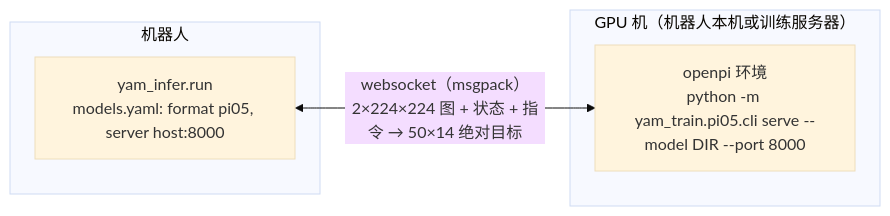
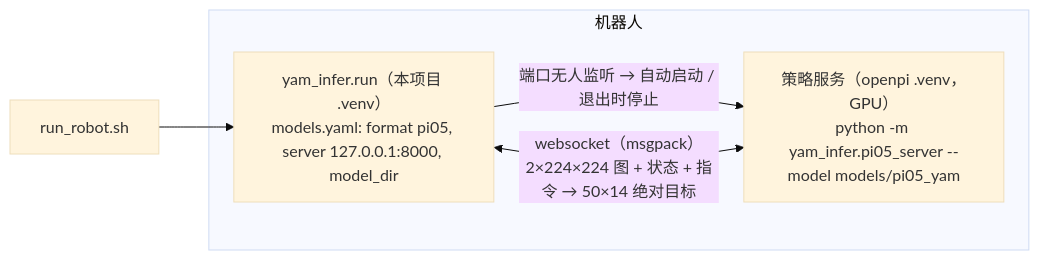
One commit to FuFutheBest/yam_infer changed the sixth of 6 diagrams in docs/03_scripts.md. Above: the diagram before and after it, drawn with Mermaid (base theme). The commit also changed other lines of this file and 16 other files, not shown here.

Commit message:
pi05: self-contained policy server (yam_infer.pi05_server), auto-started by run.py from models.yaml model_dir; tests, docs

````diff
--- a/docs/03_scripts.md
+++ b/docs/03_scripts.md
@@ -220,10 +222,10 @@
 ```mermaid
 flowchart LR
-    subgraph GPU["GPU 机（机器人本机或训练服务器）"]
-        S["openpi 环境<br/>python -m yam_train.pi05.cli serve --model DIR --port 8000"]
+    RR["run_robot.sh"] --> Y
+    subgraph R["机器人"]
+        Y["yam_infer.run（本项目 .venv）<br/>models.yaml: format pi05, server 127.0.0.1:8000, model_dir"]
+        S["策略服务（openpi .venv，GPU）<br/>python -m yam_infer.pi05_server --model models/pi05_yam"]
     end
-    subgraph R["机器人"]
-        Y["yam_infer.run<br/>models.yaml: format pi05, server host:8000"]
-    end
+    Y -->|"端口无人监听 → 自动启动 / 退出时停止"| S
     Y <-->|"websocket（msgpack）<br/>2×224×224 图 + 状态 + 指令 → 50×14 绝对目标"| S
 ```
````
